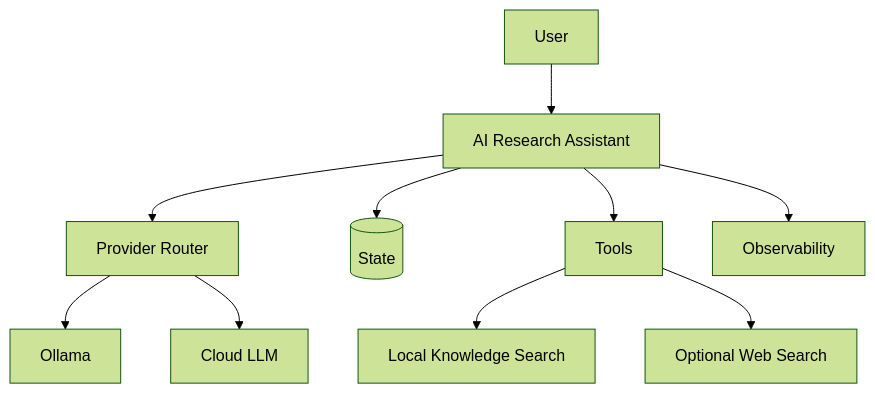
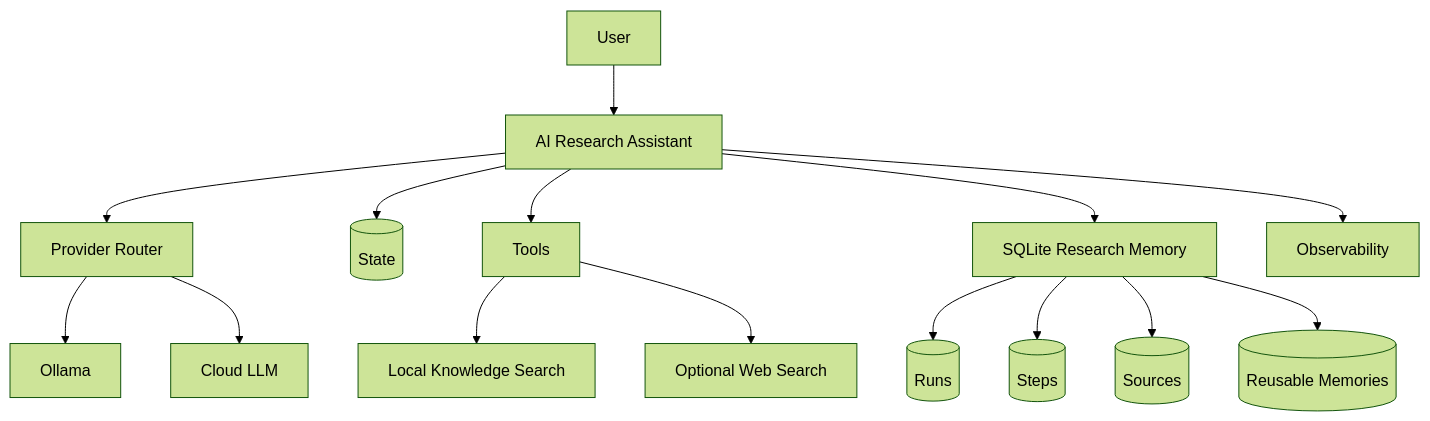
Before and after one commit to Nikhil-Xavier-DS/Agentic-System-Design-Primer: the diagram in projects/react-agent-ai-research-assistant/diagrams/architecture.mmd, drawn with Mermaid (forest theme). The commit also changed 9 other files, not shown here.

```diff
--- a/projects/react-agent-ai-research-assistant/diagrams/architecture.mmd
+++ b/projects/react-agent-ai-research-assistant/diagrams/architecture.mmd
@@ -1,10 +1,15 @@
 flowchart TB
   User --> Agent[AI Research Assistant]
   Agent --> Router[Provider Router]
   Router --> Ollama[Ollama]
   Router --> Cloud[Cloud LLM]
   Agent --> State[(State)]
   Agent --> Tools[Tools]
+  Agent --> Memory[SQLite Research Memory]
   Tools --> LocalKB[Local Knowledge Search]
   Tools --> Web[Optional Web Search]
+  Memory --> Runs[(Runs)]
+  Memory --> Steps[(Steps)]
+  Memory --> Sources[(Sources)]
+  Memory --> Memories[(Reusable Memories)]
   Agent --> Obs[Observability]
```
